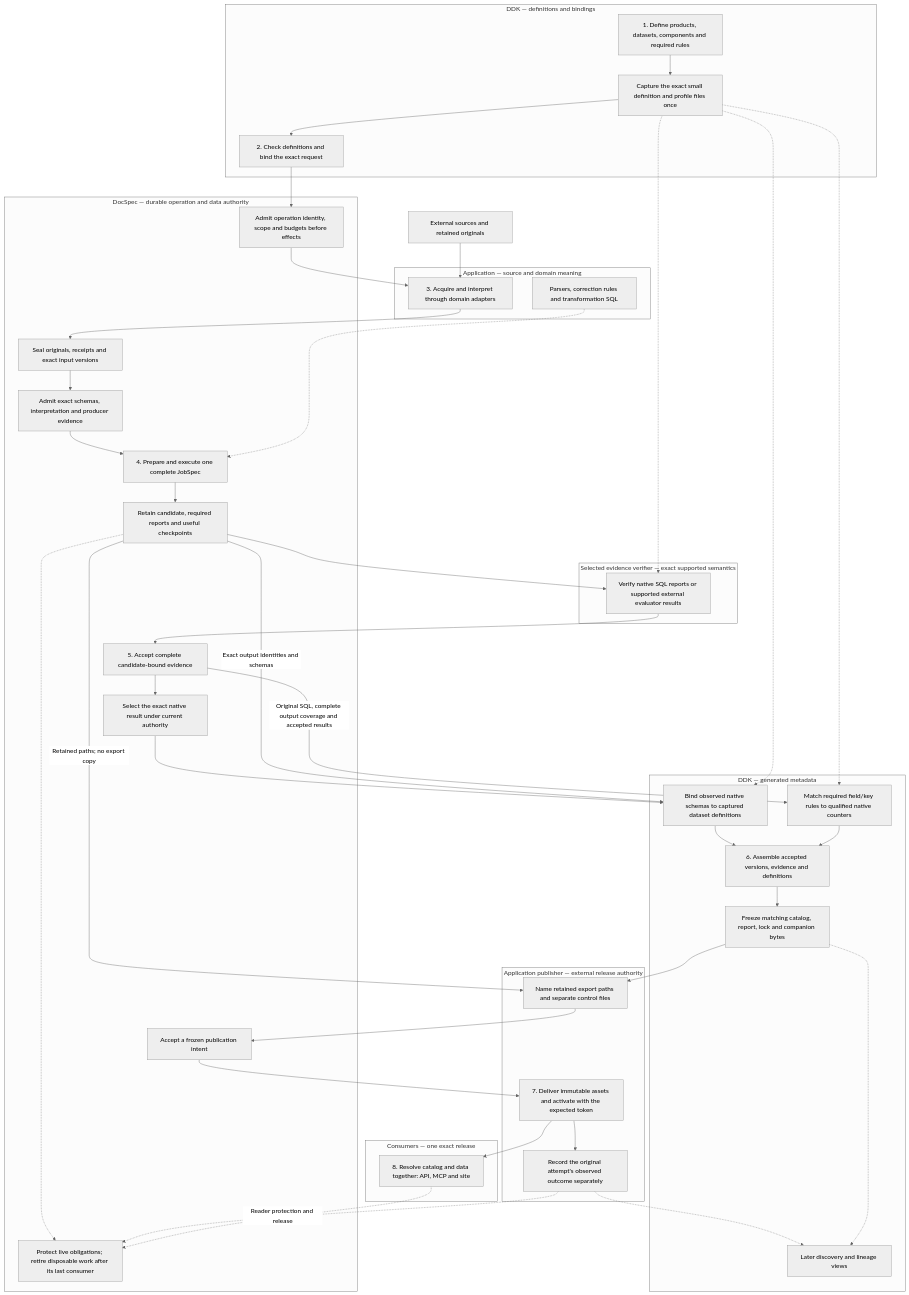
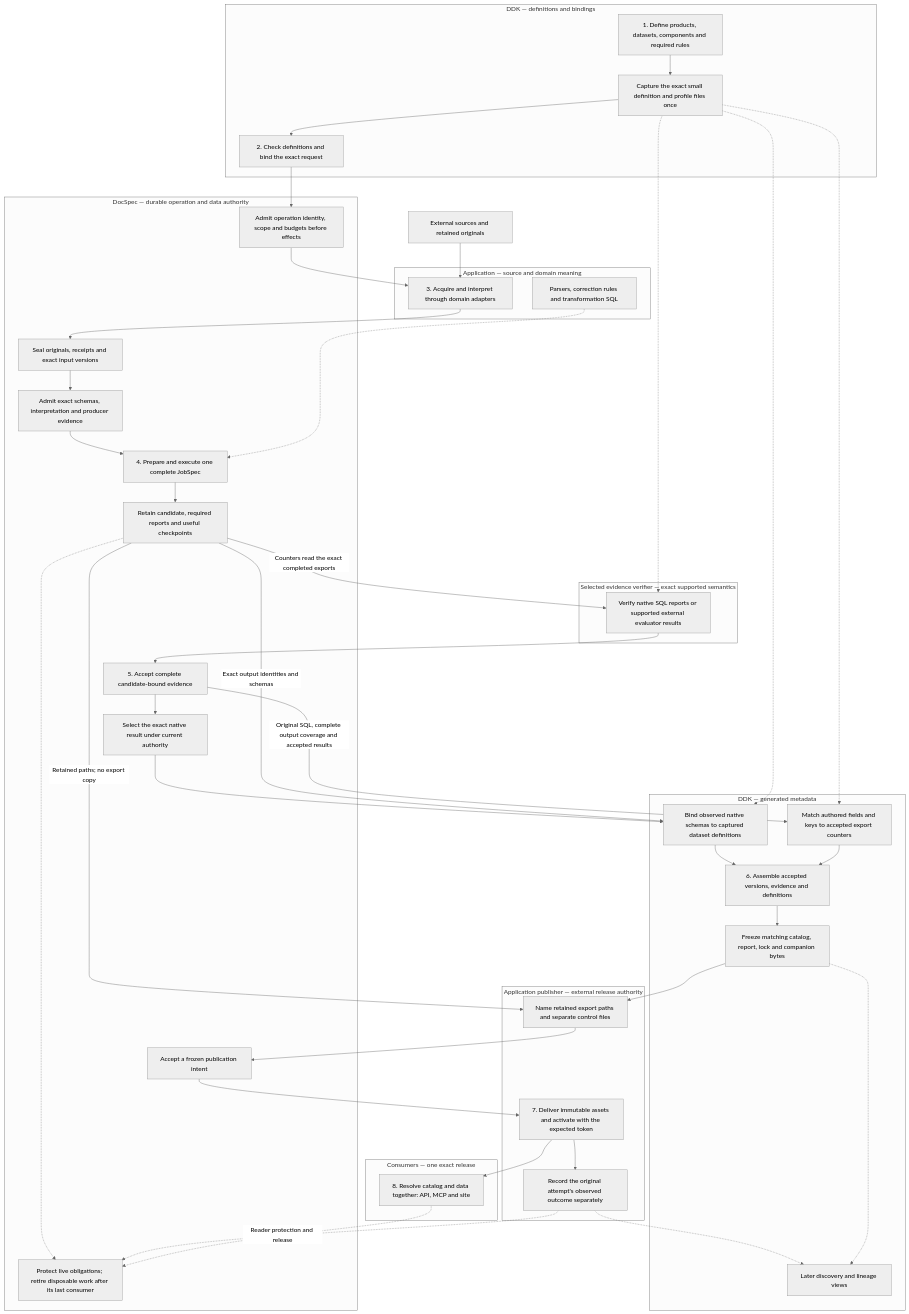
One commit to civictechdc/congressional-tech changed the diagram in docs/replacement-ddk/design.md. Above: the diagram before and after it, drawn with Mermaid (neutral theme). The commit also changed other lines of this file and 8 other files, not shown here.

Commit message:
Bind authored rules to exact native export counters

````diff
--- a/docs/replacement-ddk/design.md
+++ b/docs/replacement-ddk/design.md
@@ -106,77 +106,77 @@
 ```mermaid
 flowchart TB
     sources["External sources and retained originals"]
 
     subgraph definitions["DDK — definitions and bindings"]
         define["1. Define products, datasets, components and required rules"]
         frozen["Capture the exact small definition and profile files once"]
         check["2. Check definitions and bind the exact request"]
         define --> frozen --> check
     end
 
     subgraph domain["Application — source and domain meaning"]
         acquire["3. Acquire and interpret through domain adapters"]
         logic["Parsers, correction rules and transformation SQL"]
     end
 
     subgraph native["DocSpec — durable operation and data authority"]
         admit["Admit operation identity, scope and budgets before effects"]
         retain["Seal originals, receipts and exact input versions"]
         input_admission["Admit exact schemas, interpretation and producer evidence"]
         compute["4. Prepare and execute one complete JobSpec"]
         candidate["Retain candidate, required reports and useful checkpoints"]
         accept["5. Accept complete candidate-bound evidence"]
         select["Select the exact native result under current authority"]
         intent["Accept a frozen publication intent"]
         lifetime["Protect live obligations; retire disposable work after its last consumer"]
         retain --> input_admission --> compute --> candidate
         accept --> select
     end
 
     subgraph quality["Selected evidence verifier — exact supported semantics"]
         verify["Verify native SQL reports or supported external evaluator results"]
     end
 
     subgraph catalog["DDK — generated metadata"]
         schema_binding["Bind observed native schemas to captured dataset definitions"]
-        rule_binding["Match required field/key rules to qualified native counters"]
+        rule_binding["Match authored fields and keys to accepted export counters"]
         assemble["6. Assemble accepted versions, evidence and definitions"]
         artifacts["Freeze matching catalog, report, lock and companion bytes"]
         discovery["Later discovery and lineage views"]
         schema_binding --> assemble
         rule_binding --> assemble --> artifacts
     end
 
     subgraph publication["Application publisher — external release authority"]
         files["Name retained export paths and separate control files"]
         publish["7. Deliver immutable assets and activate with the expected token"]
         observation["Record the original attempt's observed outcome separately"]
         publish --> observation
     end
 
     subgraph readers["Consumers — one exact release"]
         consume["8. Resolve catalog and data together: API, MCP and site"]
     end
 
     check --> admit
     admit --> acquire
     sources --> acquire
     acquire --> retain
     logic -.-> compute
     frozen -.-> verify
-    candidate --> verify --> accept
+    candidate -->|"Counters read the exact completed exports"| verify --> accept
     select --> schema_binding
     frozen -.-> schema_binding
     candidate -->|"Exact output identities and schemas"| schema_binding
     frozen -.-> rule_binding
     accept -->|"Original SQL, complete output coverage and accepted results"| rule_binding
     artifacts --> files
     candidate -->|"Retained paths; no export copy"| files
     files --> intent --> publish
     publish --> consume
     observation -.-> discovery
     artifacts -.-> discovery
     candidate -.-> lifetime
     observation -.-> lifetime
     consume -.->|"Reader protection and release"| lifetime
 ```
````
